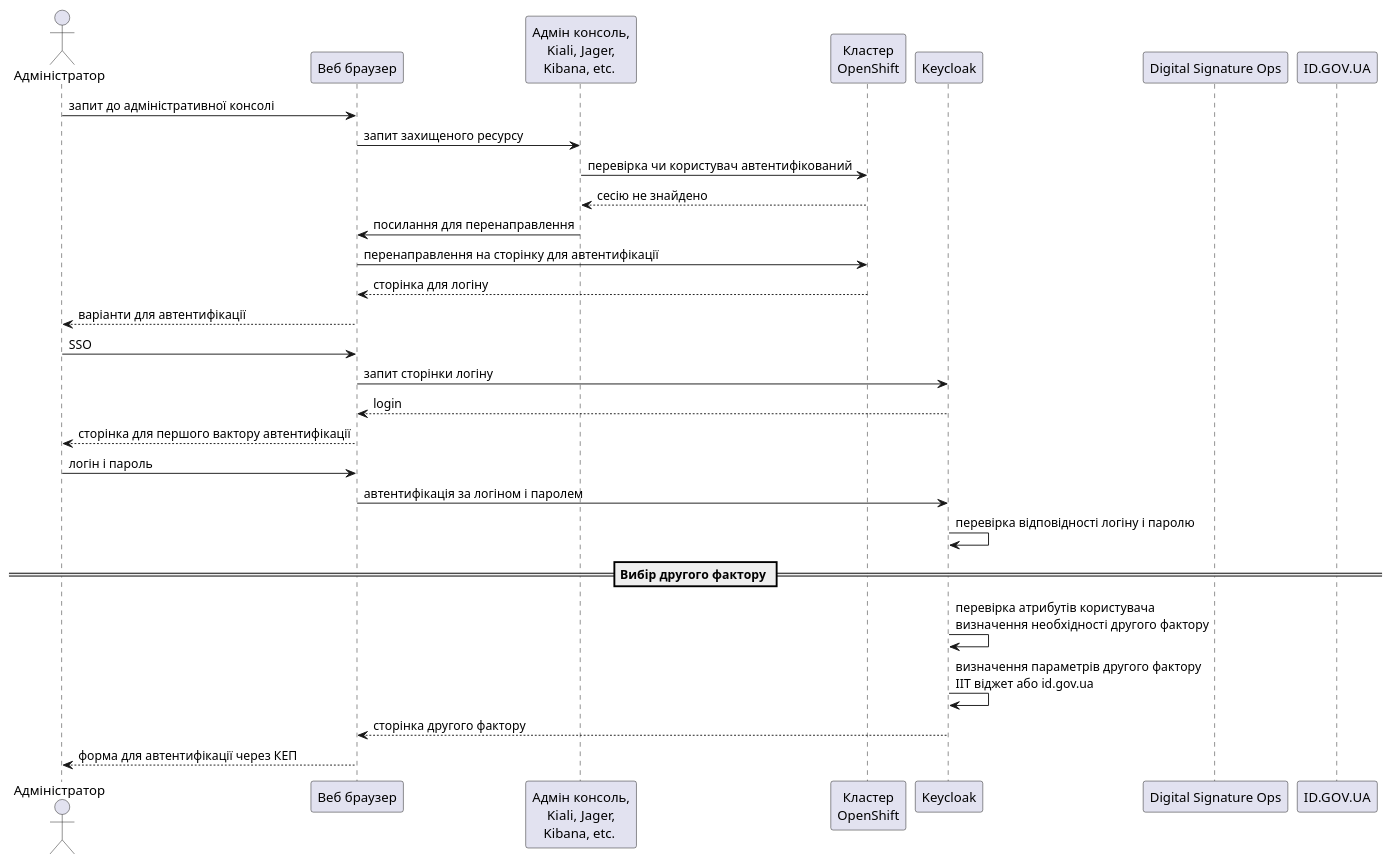
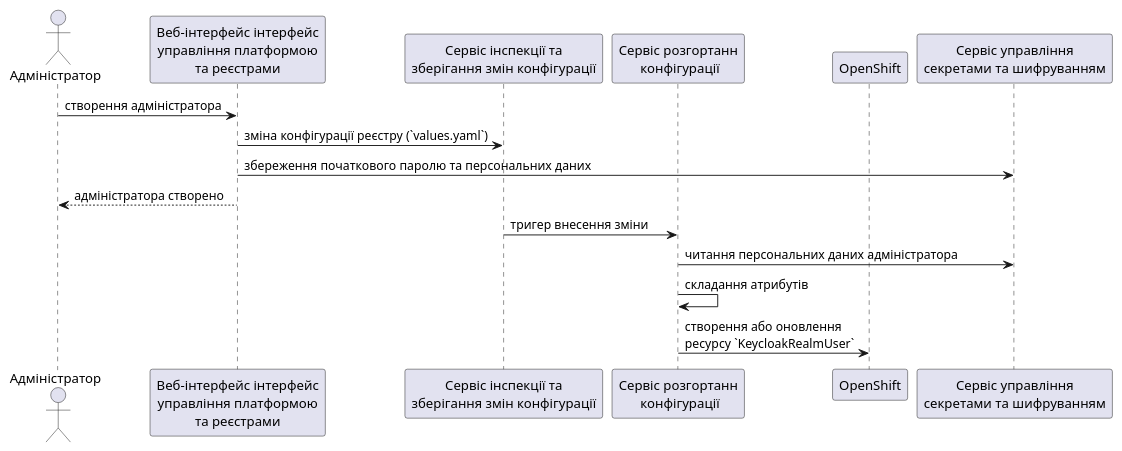
The first of 4 diagrams in modules/arch/pages/architecture-workspace/platform-evolution/certificate-admin-login.adoc (epam/edp-ddm-architecture), drawn with PlantUML before and after one commit. The commit also changed other lines of this file, not shown here.

Commit message:
[EDP-DDM-22963] Admin login with certificate transition design

```diff
--- a/modules/arch/pages/architecture-workspace/platform-evolution/certificate-admin-login.adoc
+++ b/modules/arch/pages/architecture-workspace/platform-evolution/certificate-admin-login.adoc
@@ -64,34 +67,18 @@
 [plantuml]
 ----
 actor "Адміністратор" as admin
-participant "Веб браузер" as browser
-participant "Адмін консоль,\nKiali, Jager,\nKibana, etc. " as admin_tool
-participant "Кластер\nOpenShift" as openshift
-participant "Keycloak" as keycloak
-participant "Digital Signature Ops" as dso
-participant "ID.GOV.UA" as idgovua
-admin -> browser: запит до адміністративної консолі
-browser -> admin_tool: запит захищеного ресурсу
-admin_tool -> openshift: перевірка чи користувач автентифікований
-return сесію не знайдено
-admin_tool -> browser: посилання для перенаправлення
-browser -> openshift: перенаправлення на сторінку для автентифікації
-return сторінка для логіну
-browser --> admin: варіанти для автентифікації
-admin -> browser: SSO
-browser -> keycloak: запит сторінки логіну
-keycloak --> browser: login
-browser --> admin: сторінка для першого вактору автентифікації
-admin -> browser: логін і пароль
-browser -> keycloak: автентифікація за логіном і паролем
-keycloak -> keycloak: перевірка відповідності логіну і паролю
+participant "Веб-інтерфейс інтерфейс\nуправління платформою\nта реєстрами" as cp
+participant "Сервіс інспекції та\nзберігання змін конфігурації" as gerrit
+participant "Сервіс розгортанн\n конфігурації" as jenkins
+participant "OpenShift" as os
+participant "Сервіс управління\nсекретами та шифруванням" as vault
 
-== Вибір другого фактору ==
-keycloak -> keycloak: перевірка атрибутів користувача\nвизначення необхідності другого фактору
-keycloak -> keycloak: визначення параметрів другого фактору\nІІТ віджет або id.gov.ua
-keycloak --> browser: сторінка другого фактору
-browser --> admin: форма для автентифікації через КЕП
-
-
-
+admin ->  cp: створення адміністратора
+cp -> gerrit: зміна конфігурації реєстру (`values.yaml`)
+cp -> vault: збереження початкового паролю та персональних даних
+cp --> admin: адміністратора створено
+gerrit -> jenkins: тригер внесення зміни
+jenkins -> vault: читання персональних даних адміністратора
+jenkins -> jenkins: складання атрибутів
+jenkins -> os: створення або оновлення\nресурсу `KeycloakRealmUser`
 ----
```
